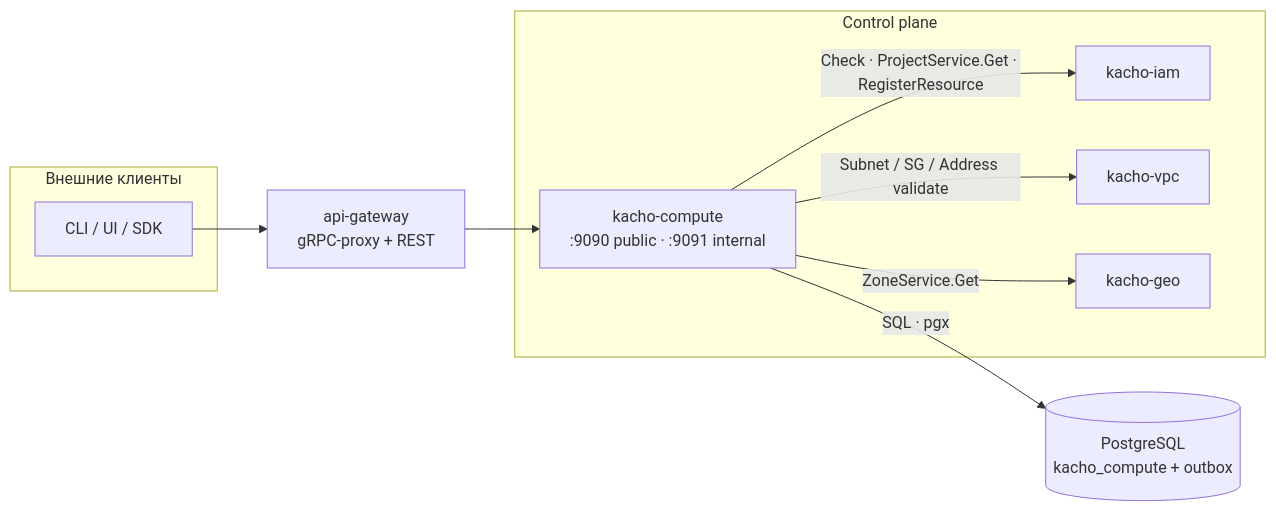
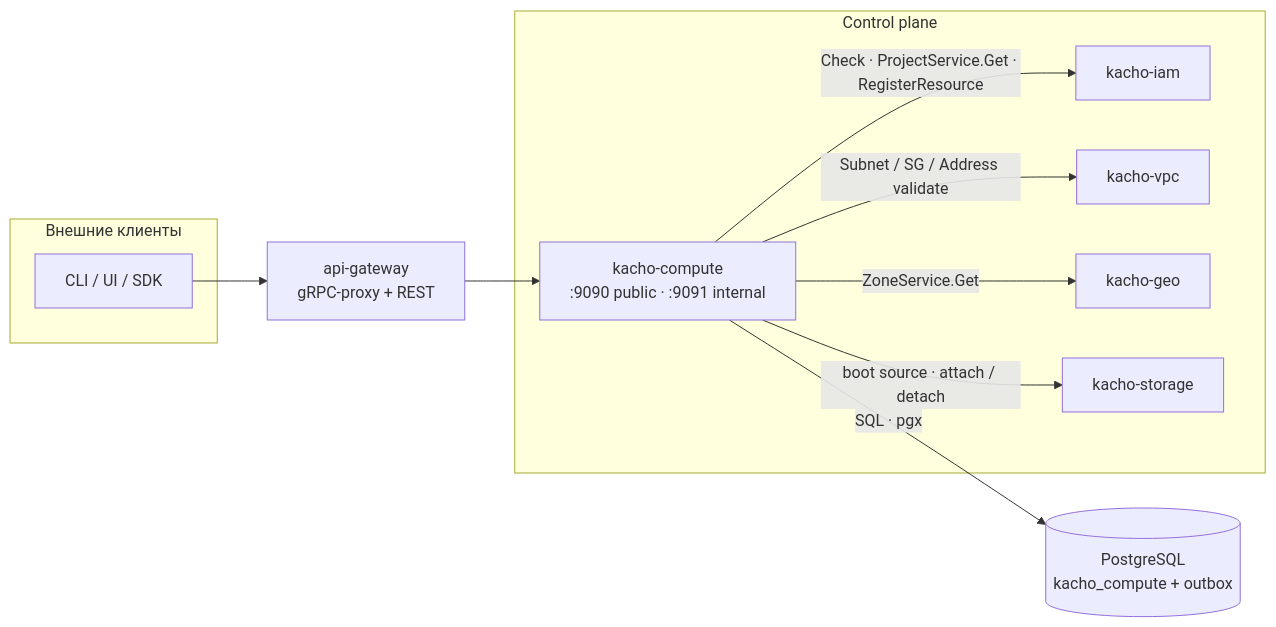
One commit to PRO-Robotech/kacho changed the first of 3 diagrams in services/compute/docs-site/docs/architecture/overview.mdx. Above: the diagram before and after it, drawn with Mermaid. The commit also changed other lines of this file and 8 other files, not shown here.

````diff
--- a/services/compute/docs-site/docs/architecture/overview.mdx
+++ b/services/compute/docs-site/docs/architecture/overview.mdx
@@ -20,20 +20,22 @@
 ```mermaid
 flowchart LR
   subgraph ext["Внешние клиенты"]
     cli["CLI / UI / SDK"]
   end
   agw["api-gateway<br/>gRPC-proxy + REST"]
   subgraph cp["Control plane"]
     cmp["kacho-compute<br/>:9090 public · :9091 internal"]
     iam["kacho-iam"]
     vpc["kacho-vpc"]
     geo["kacho-geo"]
+    stg["kacho-storage"]
   end
   pg[("PostgreSQL<br/>kacho_compute + outbox")]
 
   cli --> agw --> cmp
   cmp -->|"SQL · pgx"| pg
   cmp -->|"Check · ProjectService.Get · RegisterResource"| iam
   cmp -->|"Subnet / SG / Address validate"| vpc
   cmp -->|"ZoneService.Get"| geo
+  cmp -->|"boot source · attach / detach"| stg
 ```
````
